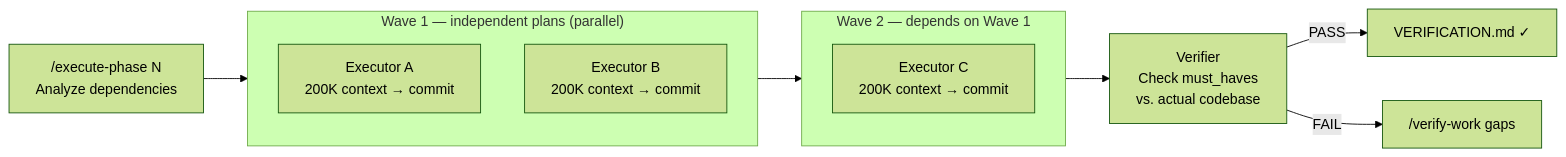
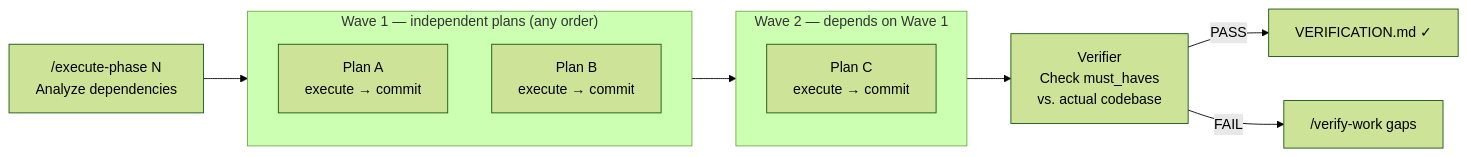
One commit to AdrianTJ/learnship changed the fourth of 7 diagrams in README.md. Above: the diagram before and after it, drawn with Mermaid (forest theme). The commit also changed other lines of this file and 25 other files, not shown here.

````diff
--- a/README.md
+++ b/README.md
@@ -173,19 +173,19 @@
 ```mermaid
 flowchart LR
     EPN["/execute-phase N<br/>Analyze dependencies"]
 
-    subgraph W1["Wave 1 — independent plans (parallel)"]
-        E1["Executor A<br/>200K context → commit"]
-        E2["Executor B<br/>200K context → commit"]
+    subgraph W1["Wave 1 — independent plans (any order)"]
+        E1["Plan A<br/>execute → commit"]
+        E2["Plan B<br/>execute → commit"]
     end
 
     subgraph W2["Wave 2 — depends on Wave 1"]
-        E3["Executor C<br/>200K context → commit"]
+        E3["Plan C<br/>execute → commit"]
     end
 
     VER["Verifier<br/>Check must_haves<br/>vs. actual codebase"]
 
     EPN --> W1 --> W2 --> VER
     VER -->|"PASS"| DONE["VERIFICATION.md ✓"]
     VER -->|"FAIL"| UAT["/verify-work gaps"]
 ```
````
